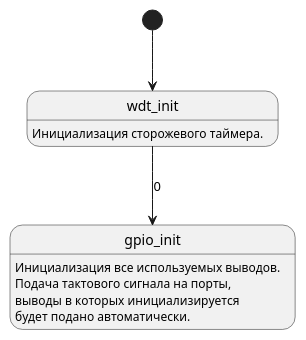
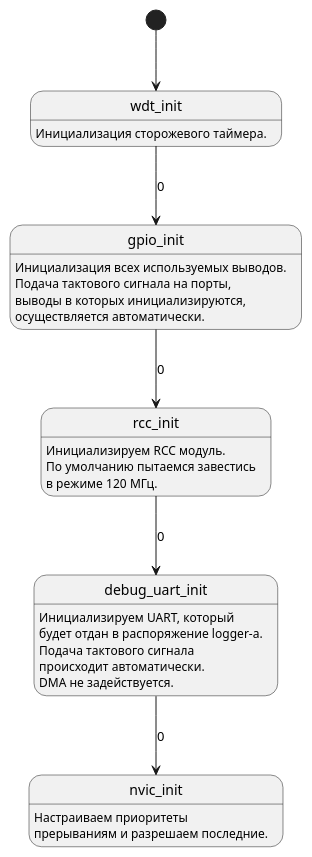
The diagram in user_code/ayplayer_fsm.pu (Vadimatorik/ChiptunePlayer-2.22), drawn with PlantUML before and after one commit. The commit also changed 4 other files, not shown here.

Commit message:
UART инициализируется.

```diff
--- a/user_code/ayplayer_fsm.pu
+++ b/user_code/ayplayer_fsm.pu
@@ -1,18 +1,43 @@
 @startuml
 
 [*] --> start
 
 state "wdt_init" as start {
 start: Инициализация сторожевого таймера.
 }
 
 start --> s1: 0
 
 state "gpio_init" as s1 {
-s1: Инициализация все используемых выводов.
+s1: Инициализация всех используемых выводов.
 s1: Подача тактового сигнала на порты, 
-s1: выводы в которых инициализируется 
-s1: будет подано автоматически.
+s1: выводы в которых инициализируются,
+s1: осуществляется автоматически.
+}
+
+s1 --> s2 : 0
+
+state "rcc_init" as s2 {
+s2: Инициализируем RCC модуль.
+s2: По умолчанию пытаемся завестись 
+s2: в режиме 120 МГц.
+}
+
+s2 --> s3: 0
+
+state "debug_uart_init" as s3 {
+s3: Инициализируем UART, который 
+s3: будет отдан в распоряжение logger-а.
+s3: Подача тактового сигнала 
+s3: происходит автоматически.
+s3: DMA не задействуется.
+}
+
+s3 --> s4 : 0
+
+state "nvic_init" as s4 {
+s4: Настраиваем приоритеты 
+s4: прерываниям и разрешаем последние.
 }
 
 @enduml
```
